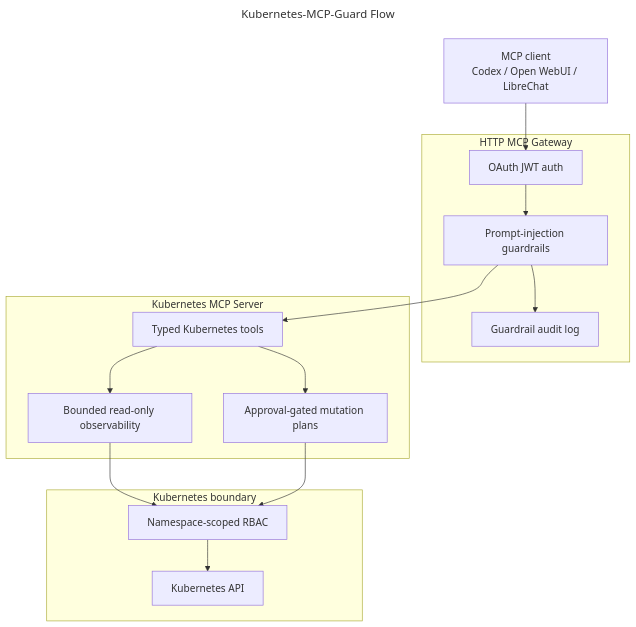
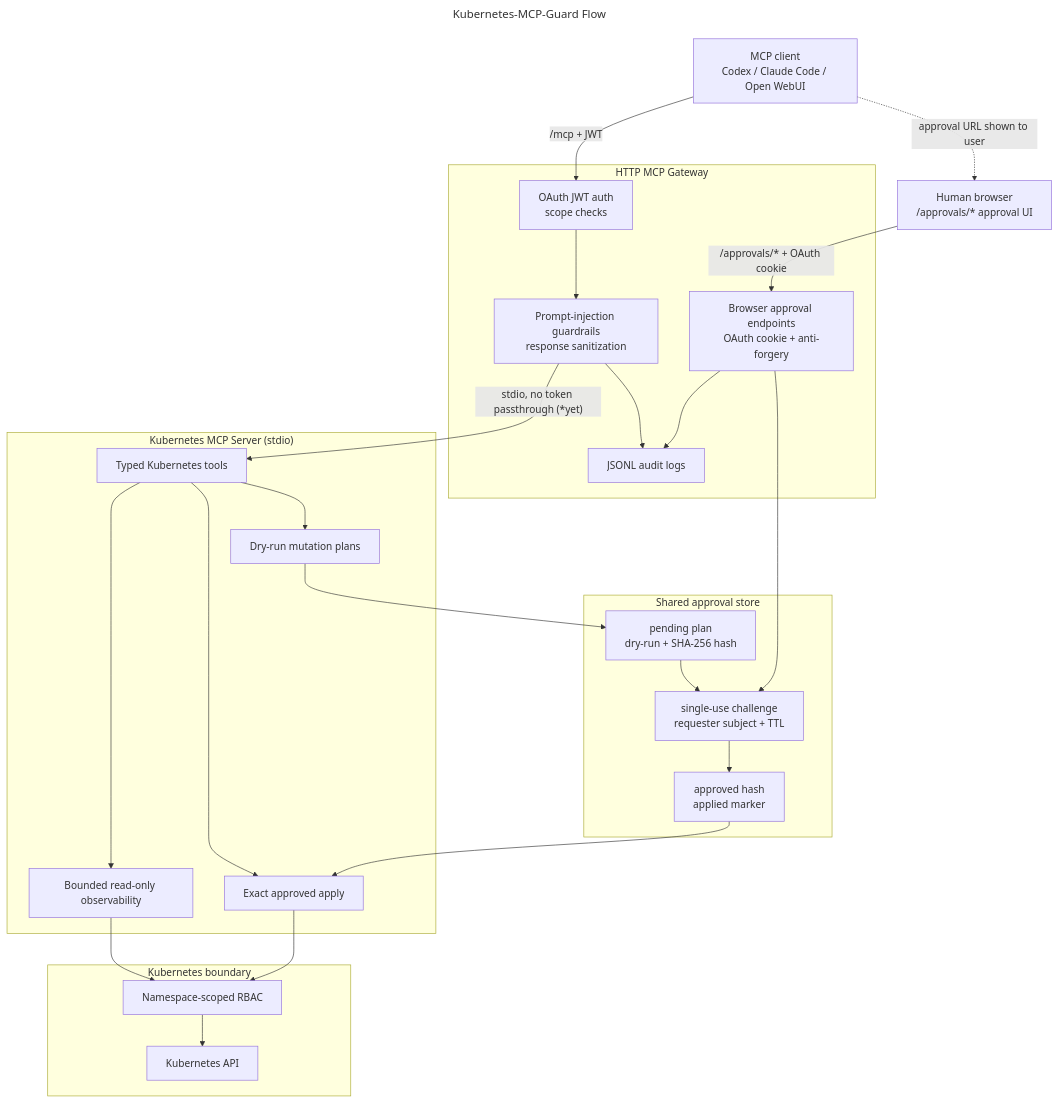
Before and after one commit to mirusser/Kubernetes-MCP-Guard: the first of 2 diagrams in README.md, drawn with Mermaid. The commit also changed other lines of this file, not shown here.

Commit message:
docs: root readme wording and diagrams improved

````diff
--- a/README.md
+++ b/README.md
@@ -34,34 +34,52 @@
 ```mermaid
 ---
 title: Kubernetes-MCP-Guard Flow
 ---
 flowchart TB
-    Client["MCP client<br/>Codex / Open WebUI / LibreChat"]
+    Client["MCP client<br/>Codex / Claude Code / Open WebUI"]
+    Browser["Human browser<br/>/approvals/* approval UI"]
 
     subgraph Gateway["HTTP MCP Gateway"]
-        Auth["OAuth JWT auth"]
-        Guardrails["Prompt-injection guardrails"]
-        Audit["Guardrail audit log"]
+        Auth["OAuth JWT auth<br/>scope checks"]
+        Guardrails["Prompt-injection guardrails<br/>response sanitization"]
+        ApprovalUI["Browser approval endpoints<br/>OAuth cookie + anti-forgery"]
+        Audit["JSONL audit logs"]
         Auth --> Guardrails
         Guardrails --> Audit
+        ApprovalUI --> Audit
     end
 
-    subgraph Server["Kubernetes MCP Server"]
+    subgraph Store["Shared approval store"]
+        Pending["pending plan<br/>dry-run + SHA-256 hash"]
+        Challenge["single-use challenge<br/>requester subject + TTL"]
+        Approved["approved hash<br/>applied marker"]
+        Pending --> Challenge
+        Challenge --> Approved
+    end
+
+    subgraph Server["Kubernetes MCP Server (stdio)"]
         Tools["Typed Kubernetes tools"]
         ReadOnly["Bounded read-only observability"]
-        Plans["Approval-gated mutation plans"]
+        Plans["Dry-run mutation plans"]
+        Apply["Exact approved apply"]
         Tools --> ReadOnly
         Tools --> Plans
+        Tools --> Apply
     end
 
     subgraph Kubernetes["Kubernetes boundary"]
         RBAC["Namespace-scoped RBAC"]
         API["Kubernetes API"]
         RBAC --> API
     end
 
-    Client --> Auth
-    Guardrails --> Tools
+    Client -->|"/mcp + JWT"| Auth
+    Guardrails -->|"stdio, no token passthrough (*yet)"| Tools
+    Plans --> Pending
+    Client -.->|"approval URL shown to user"| Browser
+    Browser -->|"/approvals/* + OAuth cookie"| ApprovalUI
+    ApprovalUI --> Challenge
+    Approved --> Apply
     ReadOnly --> RBAC
-    Plans --> RBAC
+    Apply --> RBAC
 ```
````
